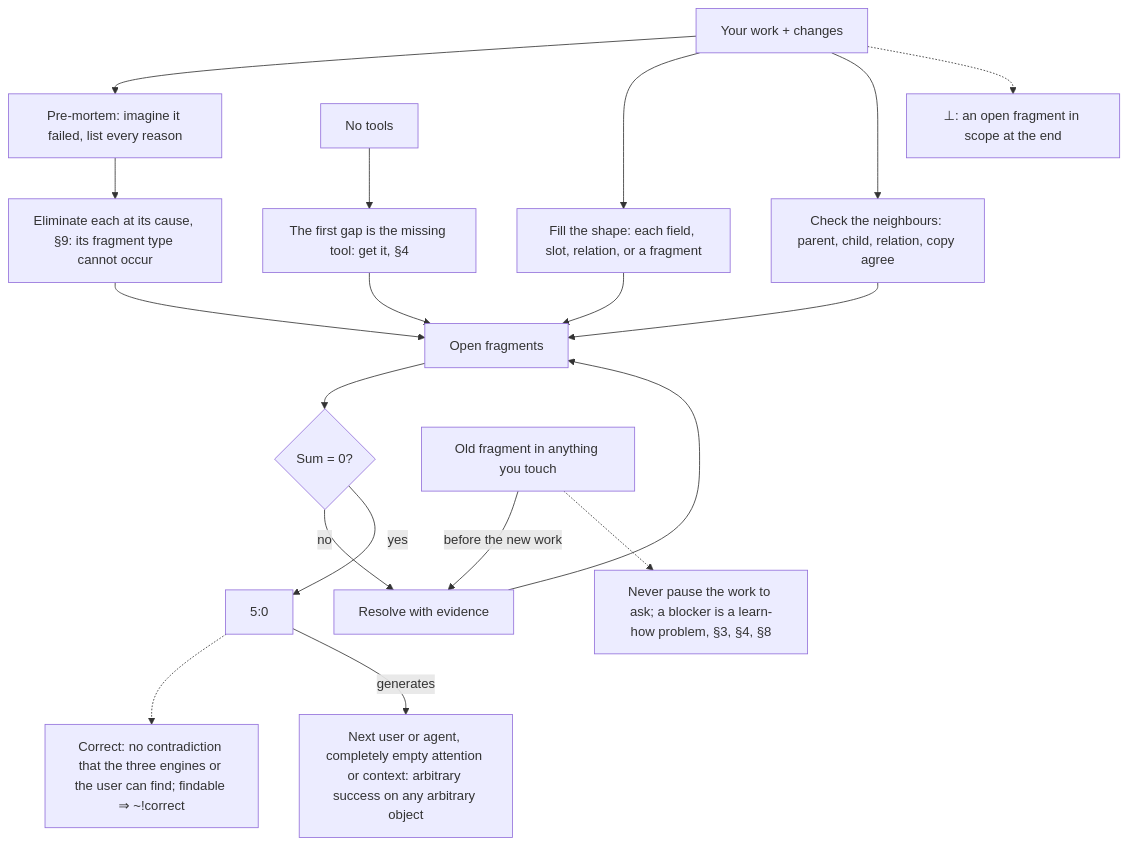
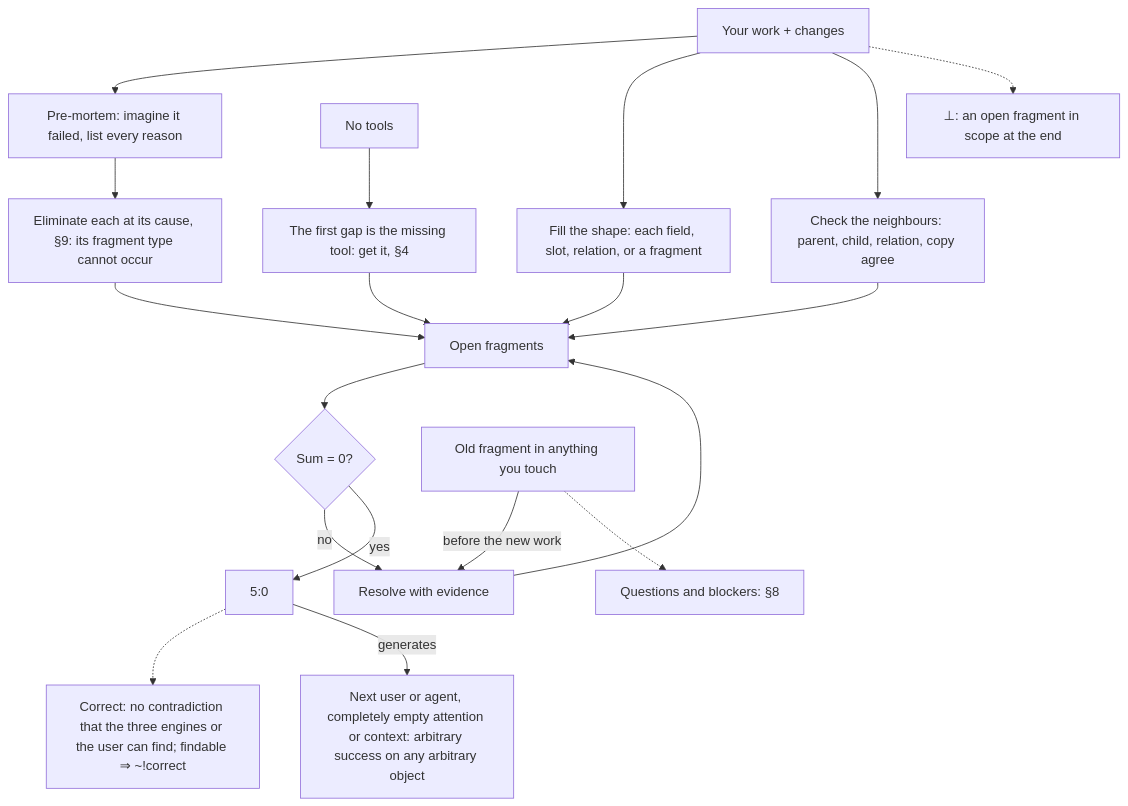
Before and after one commit to SolenixAI/arbiter: the second of 14 diagrams in AGENTS.md, drawn with Mermaid. The commit also changed other lines of this file and 1 other file, not shown here.

````diff
--- a/AGENTS.md
+++ b/AGENTS.md
@@ -110,13 +108,13 @@
 ```mermaid
 flowchart TD
   W[Your work + changes] --> PM[Pre-mortem: imagine it failed, list every reason] --> P[Eliminate each at its cause, §9: its fragment type cannot occur] --> L[Open fragments] --> C{Sum = 0?}
   C -->|no| F[Resolve with evidence] --> L
   W --> SH[Fill the shape: each field, slot, relation, or a fragment] --> L
   W --> NB[Check the neighbours: parent, child, relation, copy agree] --> L
   D -.-> CO["Correct: no contradiction that the three engines or the user can find; findable ⇒ ~!correct"]
   C -->|yes| D[5:0] -->|generates| NX["Next user or agent, completely empty attention or context: arbitrary success on any arbitrary object"]
   O[Old fragment in anything you touch] -->|before the new work| F
-  O -.-> TM["Never pause the work to ask; a blocker is a learn-how problem, §3, §4, §8"]
+  O -.-> TM["Questions and blockers: §8"]
   NT[No tools] --> X["The first gap is the missing tool: get it, §4"] --> L
   W -.-> BOT["⊥: an open fragment in scope at the end"]
 ```
````
